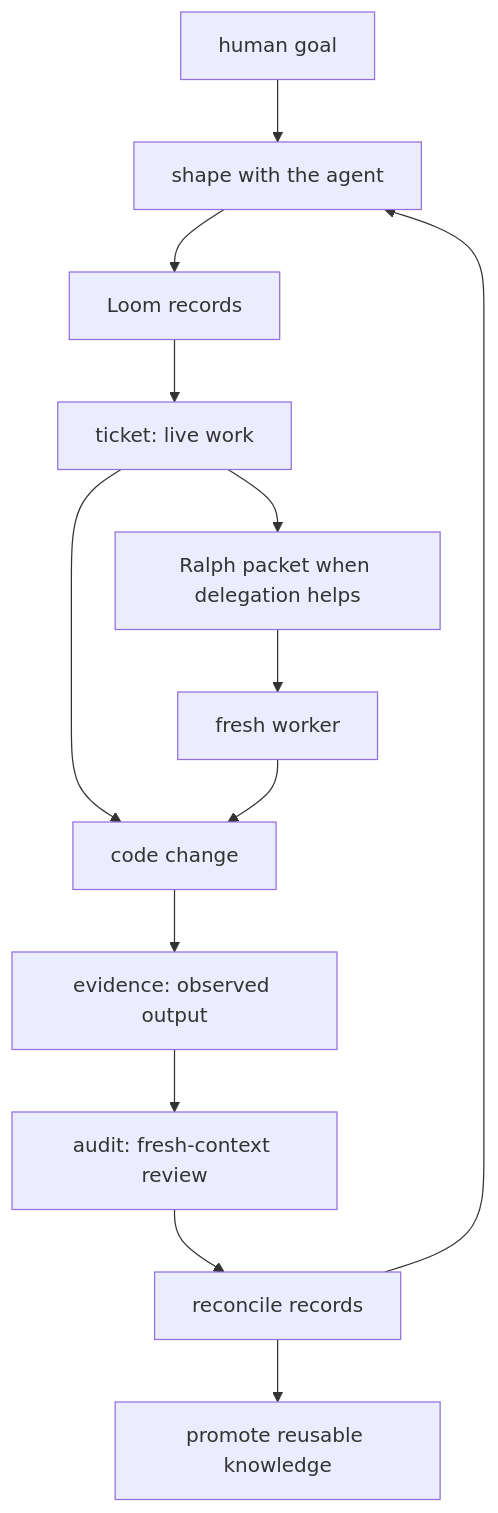
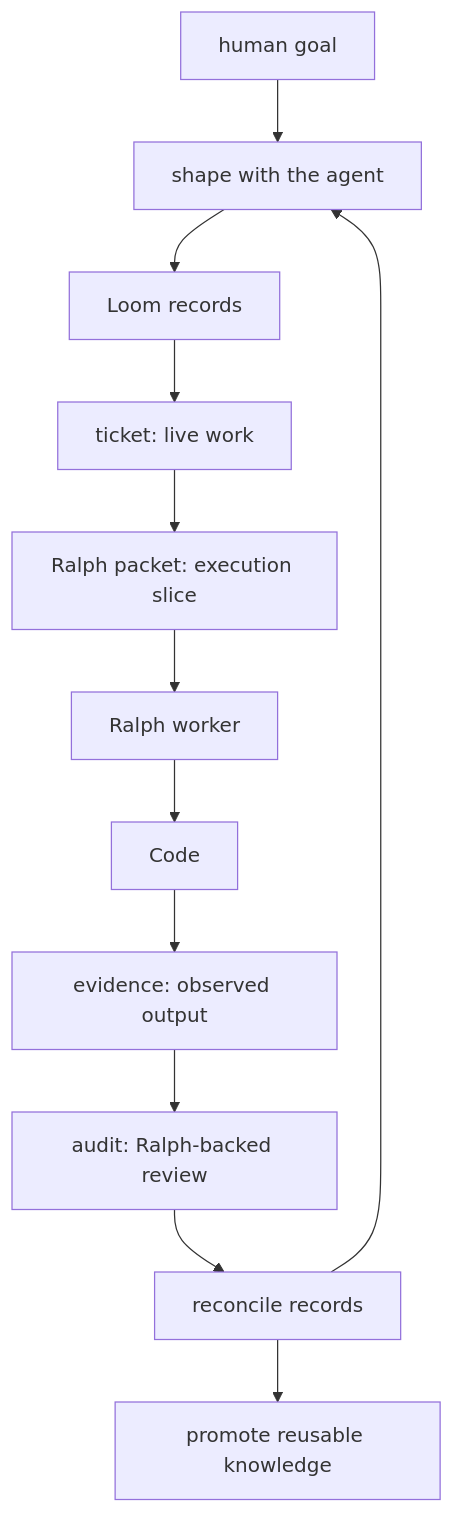
Before and after one commit to z3z1ma/10x: the first of 2 diagrams in README.md, drawn with Mermaid. The commit also changed other lines of this file and 43 other files, not shown here.

````diff
--- a/README.md
+++ b/README.md
@@ -46,15 +46,14 @@
 ```mermaid
 flowchart TB
   Goal["human goal"] --> Shape["shape with the agent"]
   Shape --> Records["Loom records"]
   Records --> Ticket["ticket: live work"]
-  Ticket --> Packet["Ralph packet when delegation helps"]
-  Ticket --> Code["code change"]
-  Packet --> Worker["fresh worker"]
+  Ticket --> Packet["Ralph packet: execution slice"]
+  Packet --> Worker["Ralph worker"]
   Worker --> Code
   Code --> Evidence["evidence: observed output"]
-  Evidence --> Audit["audit: fresh-context review"]
+  Evidence --> Audit["audit: Ralph-backed review"]
   Audit --> Reconcile["reconcile records"]
   Reconcile --> Knowledge["promote reusable knowledge"]
   Reconcile --> Shape
 ```
````
